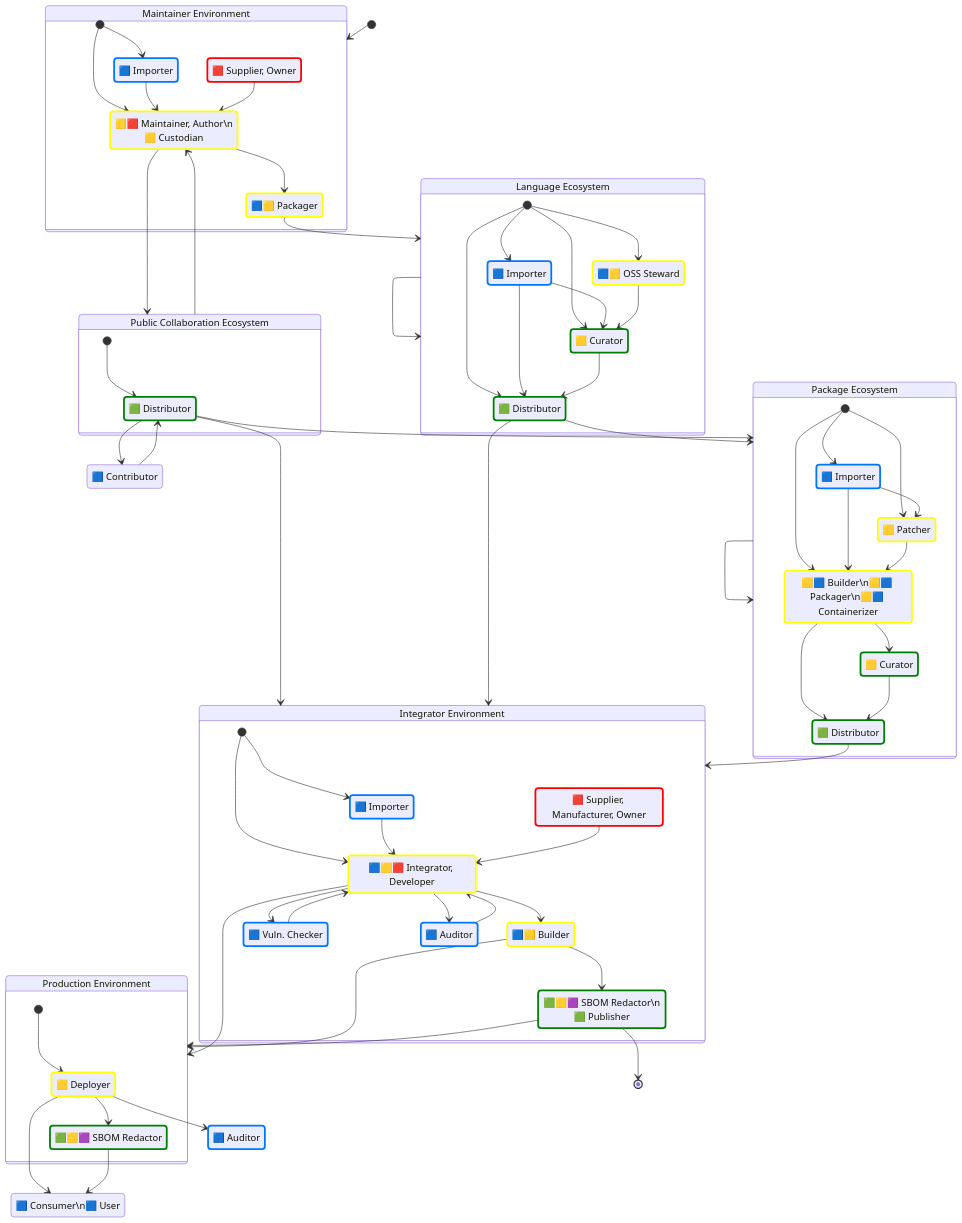
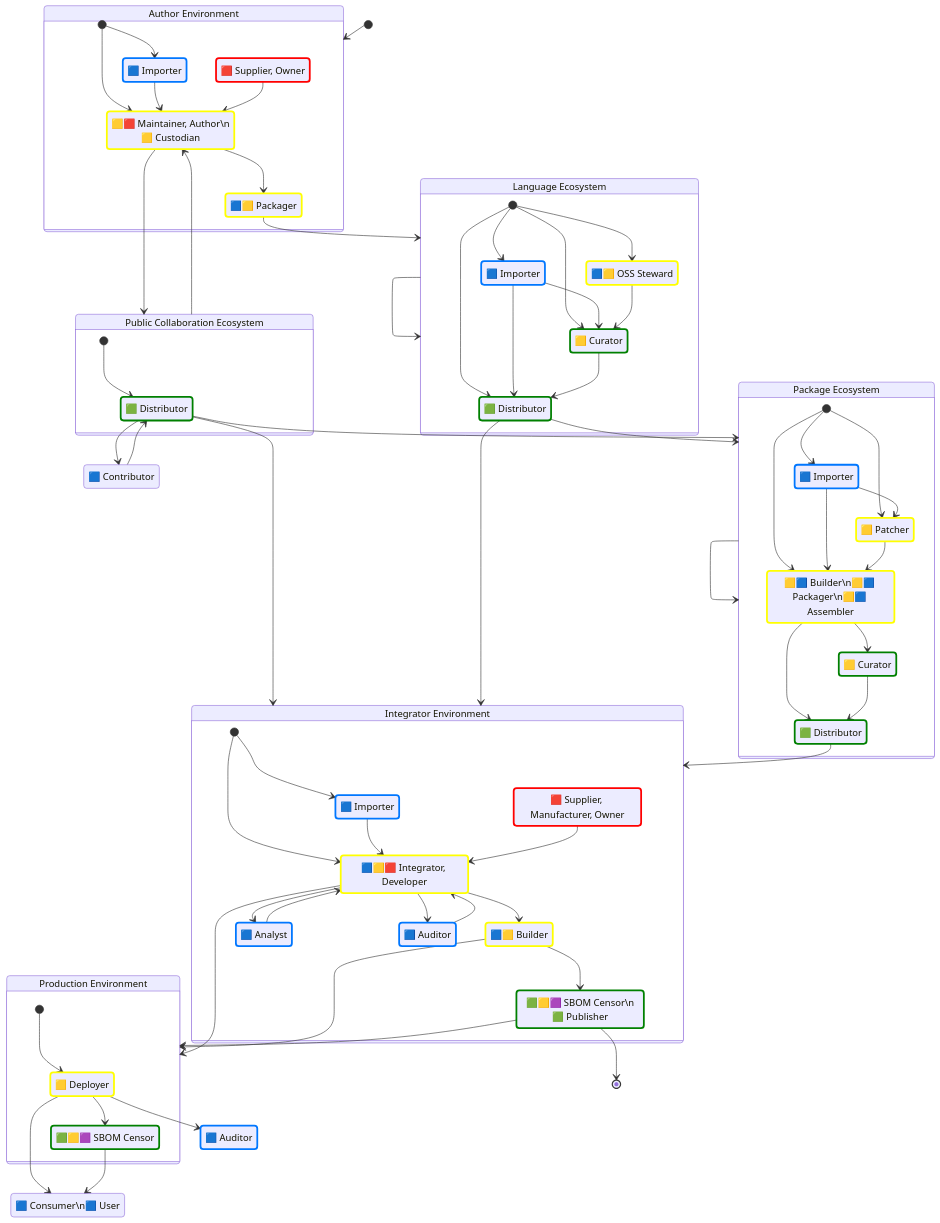
The third of 3 diagrams in docs/supplychain-sbom.md (CPAN-Security/security.metacpan.org), drawn with Mermaid before and after one commit. The commit also changed other lines of this file, not shown here.

First line of the commit message:
Rename "Redactor" to Censor & more

```diff
--- a/docs/supplychain-sbom.md
+++ b/docs/supplychain-sbom.md
@@ -212,17 +212,17 @@
     state "🟦 Contributor" as contributor
     state "🟦 Importer" as package_importer
     state "🟨 Patcher" as package_patcher
-    state "🟨🟦 Builder\n🟨🟦 Packager\n🟨🟦 Containerizer" as package_packager
+    state "🟨🟦 Builder\n🟨🟦 Packager\n🟨🟦 Assembler" as package_packager
     state "🟨 Curator" as package_curator
     state "🟩 Distributor" as package_distributor
     state "🟦 Importer" as integrator_importer
     state "🟥 Supplier, Manufacturer, Owner" as integrator_owner
     state "🟦🟨🟥 Integrator, Developer" as integrator_developer
-    state "🟩🟨🟪 SBOM Redactor\n🟩 Publisher" as integrator_publisher
+    state "🟩🟨🟪 SBOM Censor\n🟩 Publisher" as integrator_publisher
     state "🟦🟨 Builder" as integrator_builder
     state "🟨 Deployer" as deployer
-    state "🟦 Vuln. Checker" as integrator_checker
-    state "🟩🟨🟪 SBOM Redactor" as redactor
+    state "🟦 Analyst" as integrator_analyst
+    state "🟩🟨🟪 SBOM Censor" as censor
     state "🟦 Consumer\n🟦  User" as consumer
     state "🟦 Auditor" as auditor_internal
     state "🟦 Auditor" as auditor_external
@@ -233,7 +233,7 @@
     classDef assemblesSBOM stroke:yellow,stroke-width:3px;
     classDef distributesSBOM stroke:green,stroke-width:3px;
     classDef verifiesSBOM stroke:#07f,stroke-width:3px;
-    classDef redactsSBOM stroke:#07f,stroke-width:3px;
+    classDef censorsSBOM stroke:#07f,stroke-width:3px;
 
     %% 
     class author_importer verifiesSBOM
@@ -256,13 +256,13 @@
     class integrator_developer assemblesSBOM
     class integrator_publisher distributesSBOM
     class integrator_builder assemblesSBOM
-    class integrator_checker verifiesSBOM
+    class integrator_analyst verifiesSBOM
     class deployer assemblesSBOM
-    class redactor distributesSBOM
+    class censor distributesSBOM
     class auditor_internal verifiesSBOM
     class auditor_external verifiesSBOM
 
-    state "Maintainer Environment" as environment_maintainer {
+    state "Author Environment" as environment_maintainer {
         [*] --> author_importer
         [*] --> author
         author_importer --> author
@@ -318,8 +318,8 @@
         integrator_importer  --> integrator_developer
         integrator_owner     --> integrator_developer
         integrator_builder   --> integrator_publisher
-        integrator_developer --> integrator_checker
-        integrator_checker   --> integrator_developer
+        integrator_developer --> integrator_analyst
+        integrator_analyst   --> integrator_developer
         auditor_internal     --> integrator_developer
         integrator_developer --> integrator_builder
         integrator_developer --> auditor_internal
@@ -331,7 +331,7 @@
 
     state "Production Environment" as environment_prod {
         [*] --> deployer
-        deployer --> redactor
+        deployer --> censor
     }
 
     integrator_publisher --> [*]
@@ -341,7 +341,7 @@
 
     deployer --> auditor_external
     deployer --> consumer
-    redactor --> consumer
+    censor --> consumer
 
     %% Copyright © 2024 Salve J. Nilsen <sjn@oslo.pm>
     %% Some rights reserved. Licenced CC-BY-SA-4.0
```
